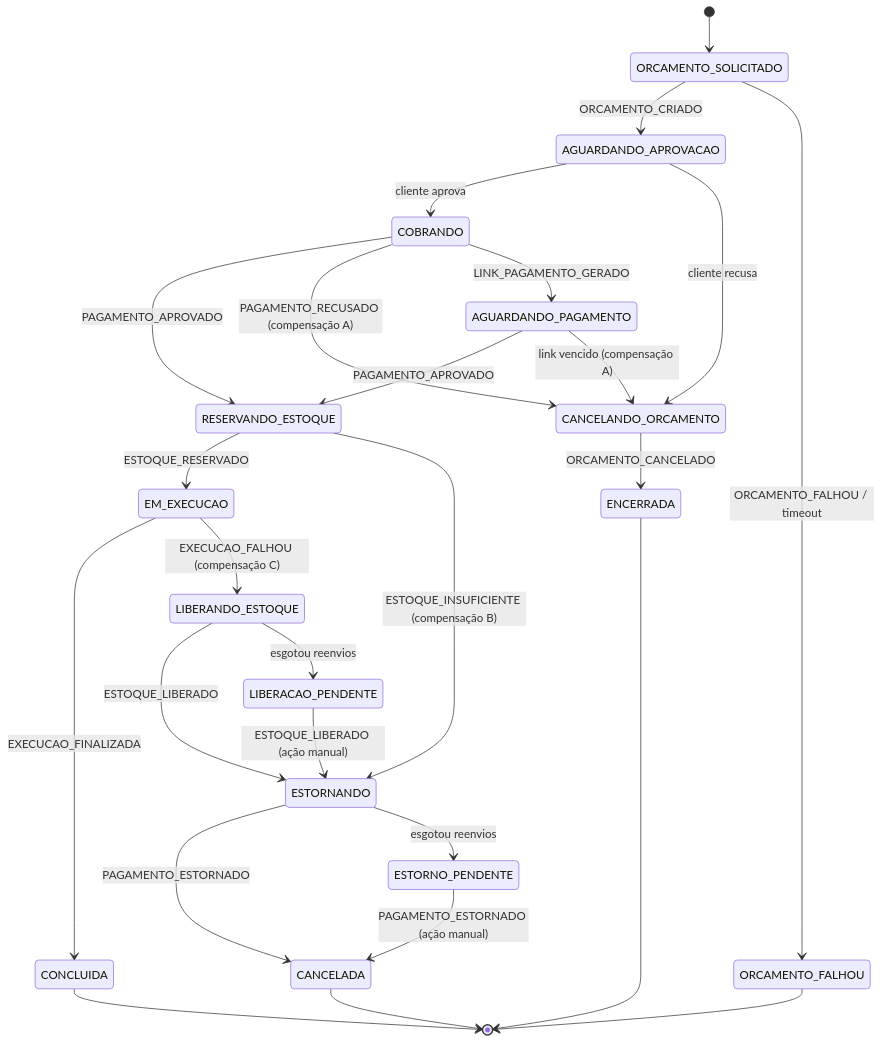
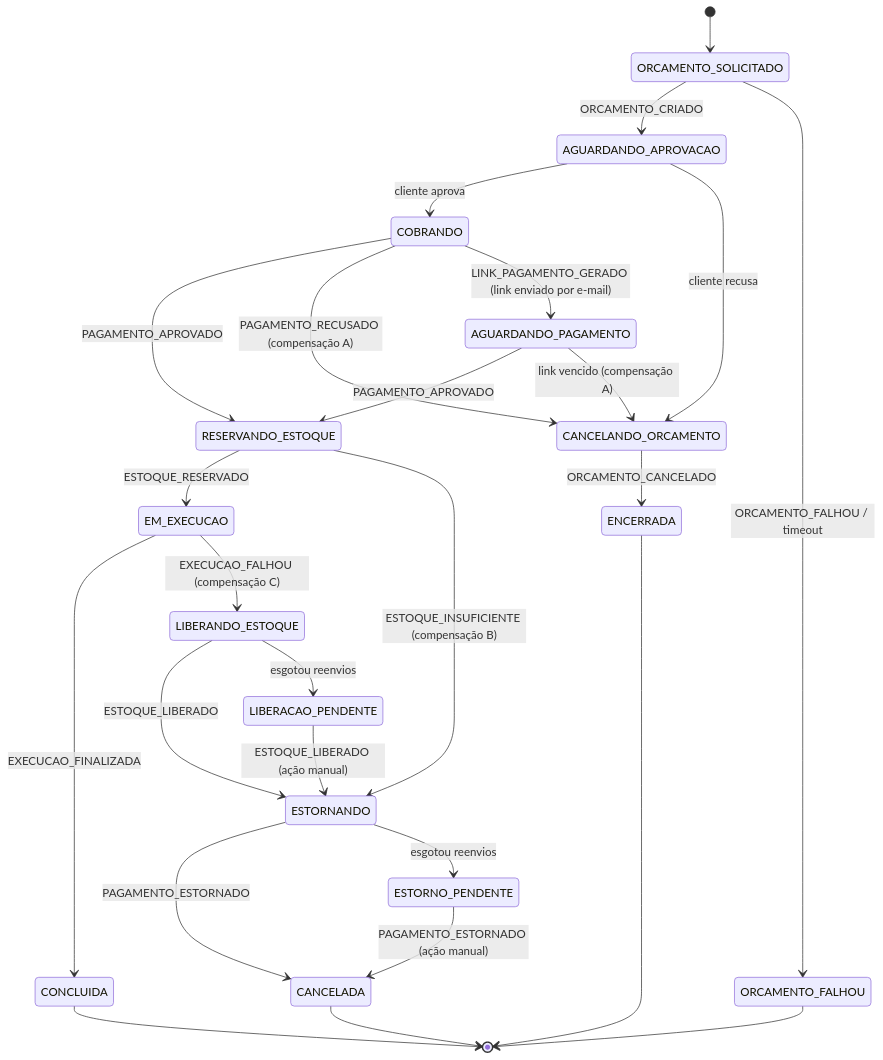
One commit to HDAdeveloper/oficina-billing-service changed the sixth of 9 diagrams in docs/ddd.md. Above: the diagram before and after it, drawn with Mermaid. The commit also changed other lines of this file and 21 other files, not shown here.

````diff
--- a/docs/ddd.md
+++ b/docs/ddd.md
@@ -280,28 +281,28 @@
 ```mermaid
 stateDiagram-v2
     [*] --> ORCAMENTO_SOLICITADO
     ORCAMENTO_SOLICITADO --> AGUARDANDO_APROVACAO : ORCAMENTO_CRIADO
     ORCAMENTO_SOLICITADO --> ORCAMENTO_FALHOU : ORCAMENTO_FALHOU / timeout
     AGUARDANDO_APROVACAO --> COBRANDO : cliente aprova
     AGUARDANDO_APROVACAO --> CANCELANDO_ORCAMENTO : cliente recusa
     COBRANDO --> RESERVANDO_ESTOQUE : PAGAMENTO_APROVADO
     COBRANDO --> CANCELANDO_ORCAMENTO : PAGAMENTO_RECUSADO (compensação A)
-    COBRANDO --> AGUARDANDO_PAGAMENTO : LINK_PAGAMENTO_GERADO
+    COBRANDO --> AGUARDANDO_PAGAMENTO : LINK_PAGAMENTO_GERADO (link enviado por e-mail)
     AGUARDANDO_PAGAMENTO --> RESERVANDO_ESTOQUE : PAGAMENTO_APROVADO
     AGUARDANDO_PAGAMENTO --> CANCELANDO_ORCAMENTO : link vencido (compensação A)
     RESERVANDO_ESTOQUE --> EM_EXECUCAO : ESTOQUE_RESERVADO
     RESERVANDO_ESTOQUE --> ESTORNANDO : ESTOQUE_INSUFICIENTE (compensação B)
     EM_EXECUCAO --> CONCLUIDA : EXECUCAO_FINALIZADA
     EM_EXECUCAO --> LIBERANDO_ESTOQUE : EXECUCAO_FALHOU (compensação C)
     LIBERANDO_ESTOQUE --> ESTORNANDO : ESTOQUE_LIBERADO
     LIBERANDO_ESTOQUE --> LIBERACAO_PENDENTE : esgotou reenvios
     CANCELANDO_ORCAMENTO --> ENCERRADA : ORCAMENTO_CANCELADO
     ESTORNANDO --> CANCELADA : PAGAMENTO_ESTORNADO
     ESTORNANDO --> ESTORNO_PENDENTE : esgotou reenvios
     ESTORNO_PENDENTE --> CANCELADA : PAGAMENTO_ESTORNADO (ação manual)
     LIBERACAO_PENDENTE --> ESTORNANDO : ESTOQUE_LIBERADO (ação manual)
     CONCLUIDA --> [*]
     CANCELADA --> [*]
     ENCERRADA --> [*]
     ORCAMENTO_FALHOU --> [*]
 ```
````
